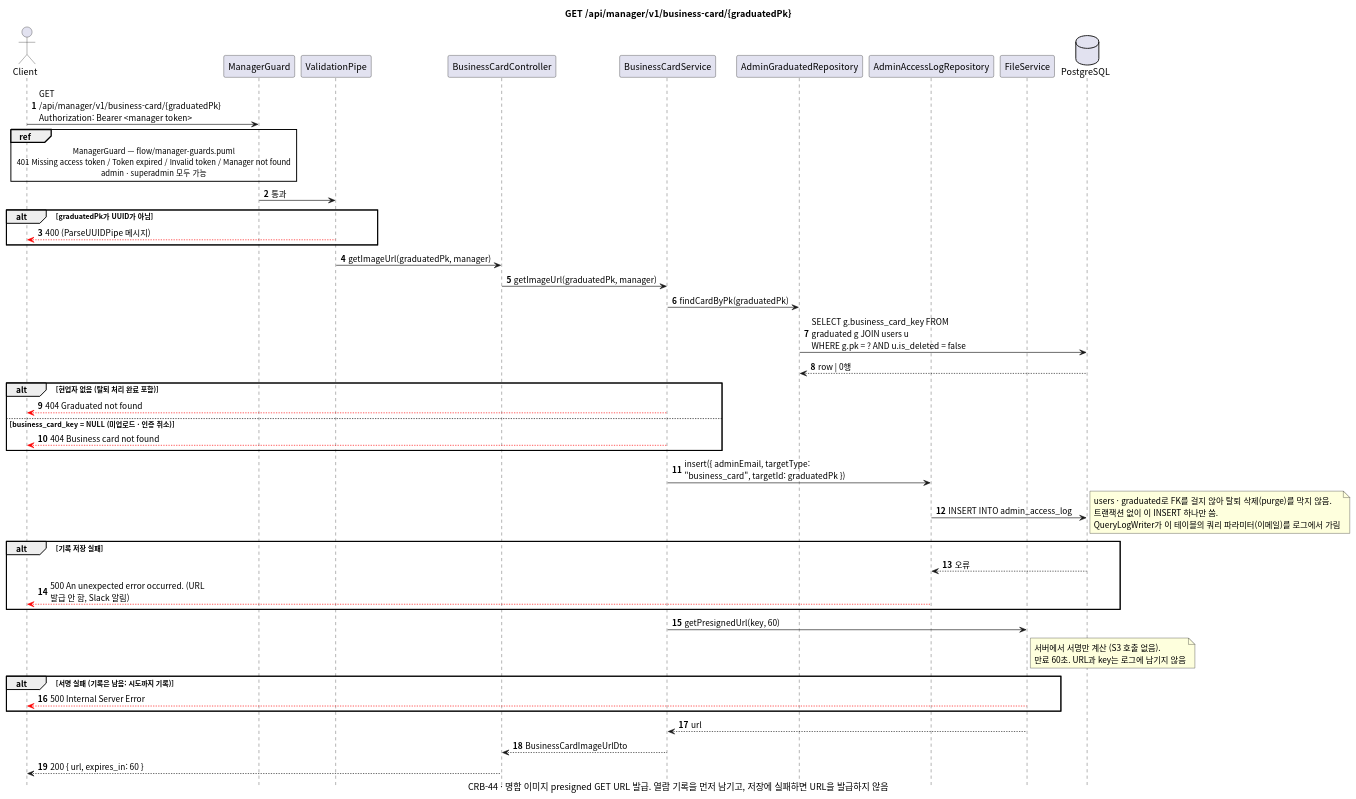
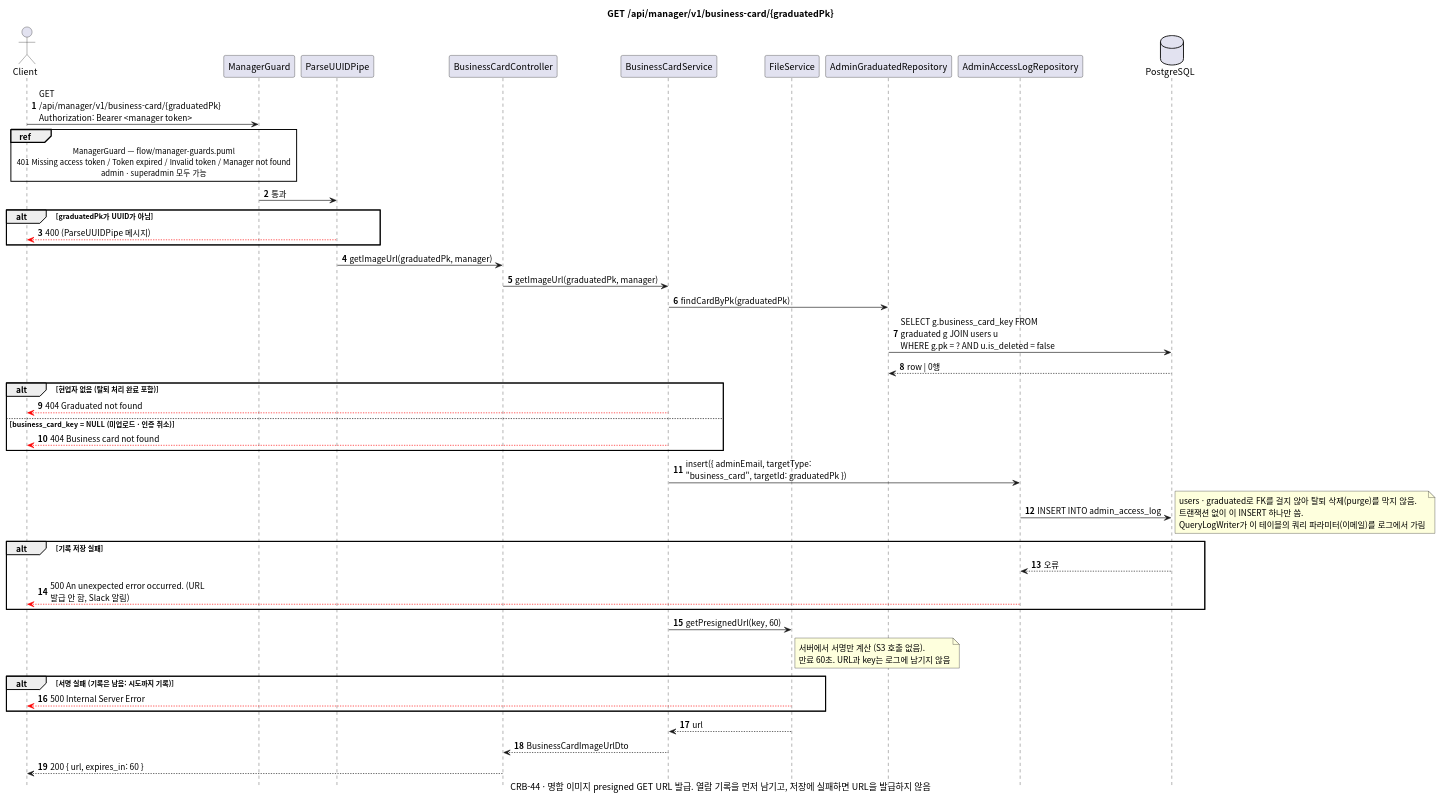
One commit to gsainfoteam/cheers-be changed the diagram in docs/sequence/manager/get-business-card-graduated-pk.puml. Above: the diagram before and after it, drawn with PlantUML. The commit also changed 28 other files, not shown here.

Commit message:
- docs: align sequence diagrams with code (CRB-63)

```diff
--- a/docs/sequence/manager/get-business-card-graduated-pk.puml
+++ b/docs/sequence/manager/get-business-card-graduated-pk.puml
@@ -1,63 +1,63 @@
 @startuml get-manager-business-card-graduated-pk
 skinparam defaultFontName "Apple SD Gothic Neo", "Noto Sans CJK KR", sans-serif
 skinparam responseMessageBelowArrow true
 skinparam sequenceMessageAlign left
 skinparam maxMessageSize 260
 skinparam BoxPadding 8
 skinparam shadowing false
 autonumber
 hide footbox
 
 title GET /api/manager/v1/business-card/{graduatedPk}
 caption CRB-44 · 명함 이미지 presigned GET URL 발급. 열람 기록을 먼저 남기고, 저장에 실패하면 URL을 발급하지 않음
 
 actor Client
 participant "ManagerGuard" as Guard
-participant "ValidationPipe" as Pipe
+participant "ParseUUIDPipe" as Pipe
 participant "BusinessCardController" as Controller
 participant "BusinessCardService" as Service
+participant "FileService" as FileService
 participant "AdminGraduatedRepository" as AdminGraduatedRepository
 participant "AdminAccessLogRepository" as AdminAccessLogRepository
-participant "FileService" as FileService
 database PostgreSQL
 
 Client -> Guard: GET /api/manager/v1/business-card/{graduatedPk}\nAuthorization: Bearer <manager token>
 ref over Client, Guard: ManagerGuard — flow/manager-guards.puml\n401 Missing access token / Token expired / Invalid token / Manager not found\nadmin · superadmin 모두 가능
 Guard -> Pipe: 통과
 alt graduatedPk가 UUID가 아님
   Pipe -[#red]-> Client: 400 (ParseUUIDPipe 메시지)
 end
 Pipe -> Controller: getImageUrl(graduatedPk, manager)
 Controller -> Service: getImageUrl(graduatedPk, manager)
 
 Service -> AdminGraduatedRepository: findCardByPk(graduatedPk)
 AdminGraduatedRepository -> PostgreSQL: SELECT g.business_card_key FROM graduated g JOIN users u\nWHERE g.pk = ? AND u.is_deleted = false
 PostgreSQL --> AdminGraduatedRepository: row | 0행
 alt 현업자 없음 (탈퇴 처리 완료 포함)
   Service -[#red]-> Client: 404 Graduated not found
 else business_card_key = NULL (미업로드 · 인증 취소)
   Service -[#red]-> Client: 404 Business card not found
 end
 
 Service -> AdminAccessLogRepository: insert({ adminEmail, targetType: "business_card", targetId: graduatedPk })
 AdminAccessLogRepository -> PostgreSQL: INSERT INTO admin_access_log
 note right
   users · graduated로 FK를 걸지 않아 탈퇴 삭제(purge)를 막지 않음.
   트랜잭션 없이 이 INSERT 하나만 씀.
   QueryLogWriter가 이 테이블의 쿼리 파라미터(이메일)를 로그에서 가림
 end note
 alt 기록 저장 실패
   PostgreSQL --> AdminAccessLogRepository: 오류
   AdminAccessLogRepository -[#red]-> Client: 500 An unexpected error occurred. (URL 발급 안 함, Slack 알림)
 end
 
 Service -> FileService: getPresignedUrl(key, 60)
 note right of FileService: 서버에서 서명만 계산 (S3 호출 없음).\n만료 60초. URL과 key는 로그에 남기지 않음
 alt 서명 실패 (기록은 남음: 시도까지 기록)
   FileService -[#red]-> Client: 500 Internal Server Error
 end
 FileService --> Service: url
 Service --> Controller: BusinessCardImageUrlDto
 Controller --> Client: 200 { url, expires_in: 60 }
 
 @enduml
```
